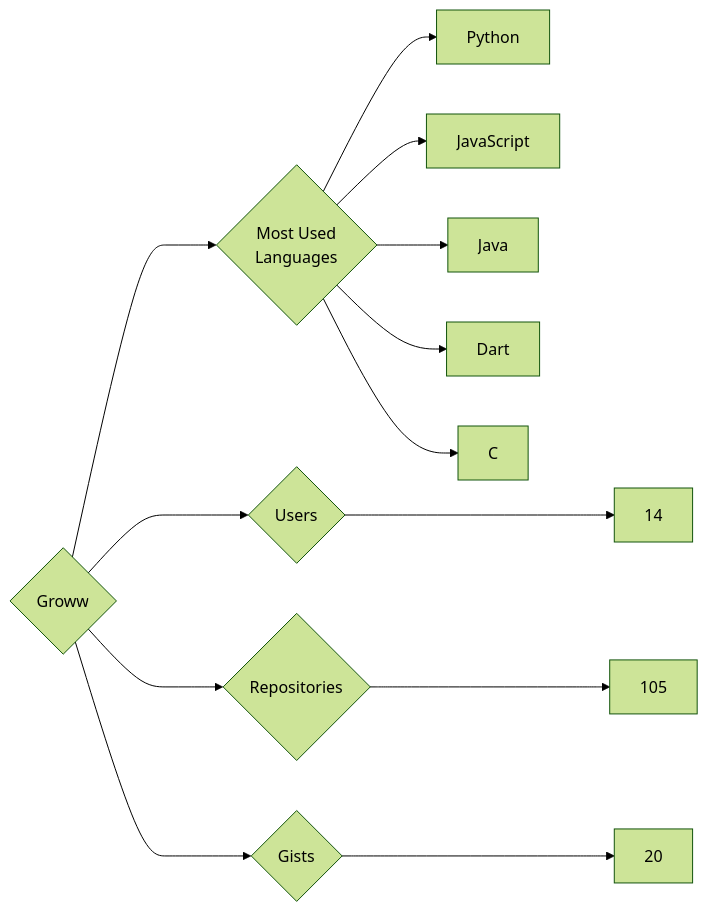
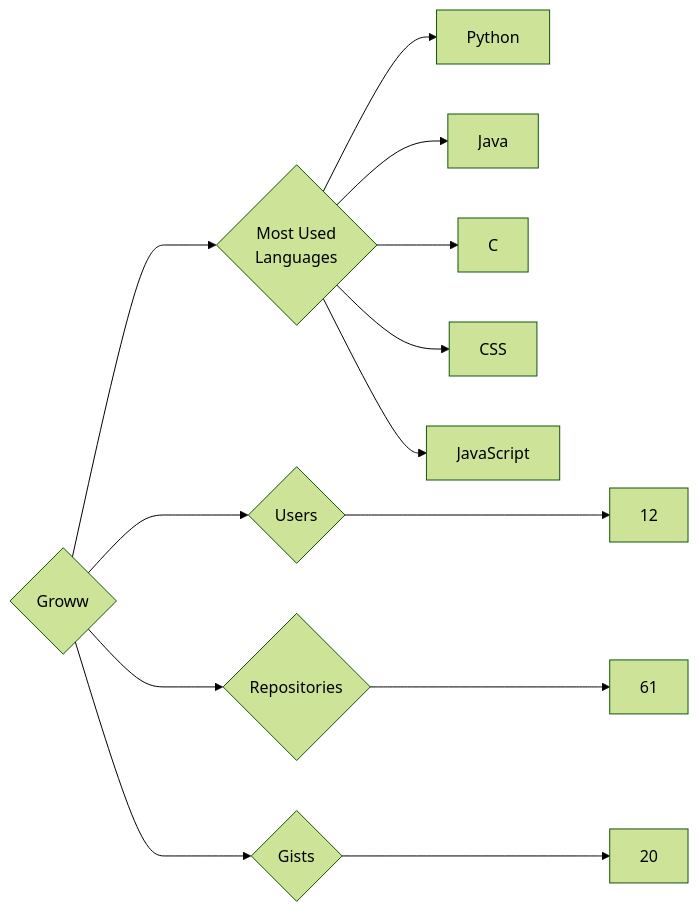
Before and after one commit to trickest/insiders: the diagram in targets/Groww/README.md, drawn with Mermaid (forest theme). The commit also changed 942 other files, not shown here.

````diff
--- a/targets/Groww/README.md
+++ b/targets/Groww/README.md
@@ -3,13 +3,13 @@
 ```mermaid
 graph LR
 COMPANY_NAME{Groww}
-COMPANY_NAME ---> U{Users} ---> UN[14]
-COMPANY_NAME ---> R{Repositories} ---> RN[105]
+COMPANY_NAME ---> U{Users} ---> UN[12]
+COMPANY_NAME ---> R{Repositories} ---> RN[61]
 COMPANY_NAME ---> G{Gists} ---> GN[20]
 COMPANY_NAME ---> ML{Most Used<br>Languages}
 ML --> Python[Python]
+ML --> Java[Java]
+ML --> C[C]
+ML --> CSS[CSS]
 ML --> JavaScript[JavaScript]
-ML --> Java[Java]
-ML --> Dart[Dart]
-ML --> C[C]
 ```
````
